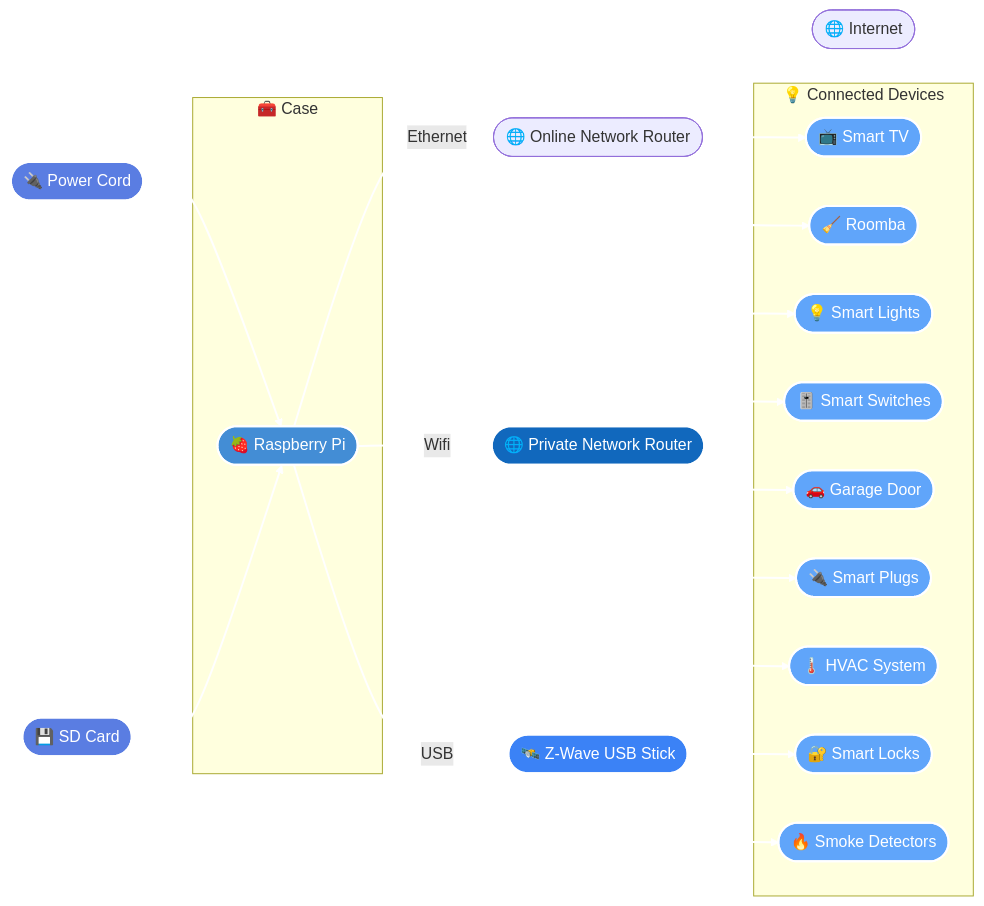
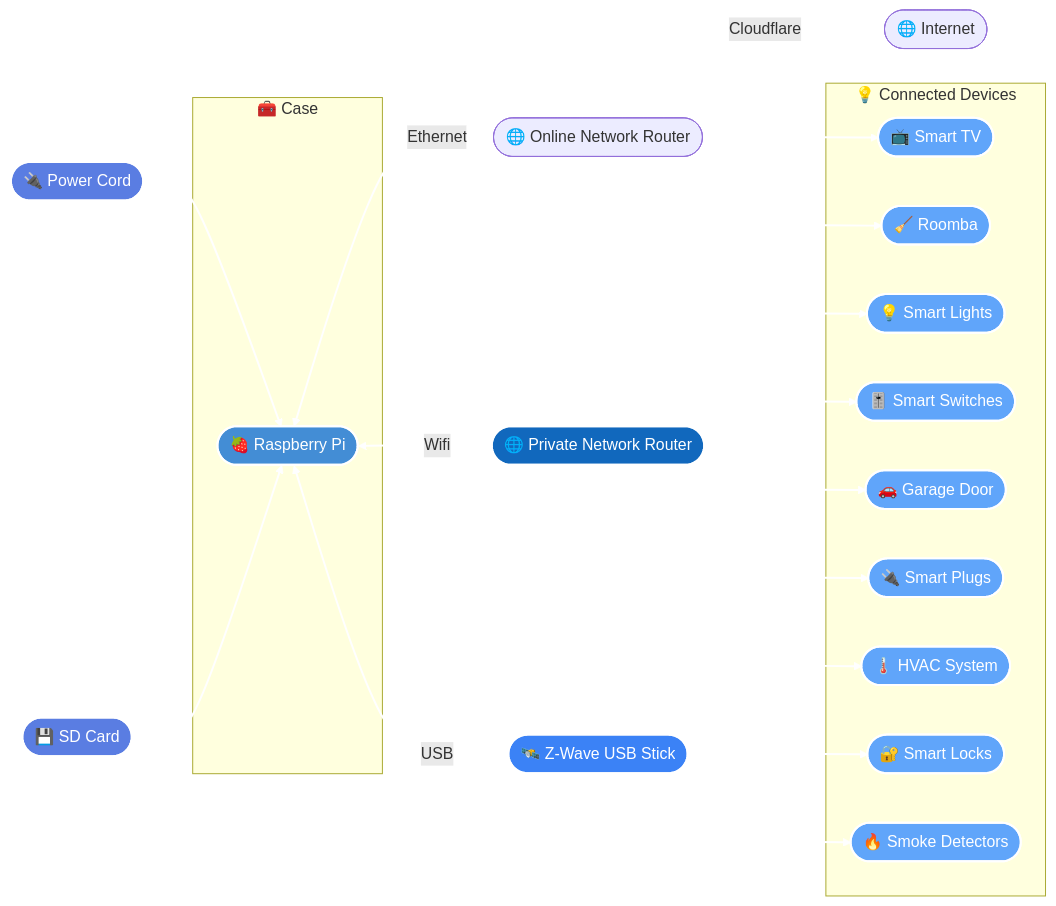
The diagram in README.md (lauren-cordova/home-assistant), drawn with Mermaid before and after one commit.

Commit message:
Update README.md
Enhanced architecture

````diff
--- a/README.md
+++ b/README.md
@@ -24,54 +24,54 @@
 ```mermaid
 flowchart LR
     PWR([🔌 Power Cord])
     SD([💾 SD Card])
     ONET([🌐 Online Network Router])
     NET([🌐 Private Network Router])
     INET([🌐 Internet])
     ZW(["🛰️ Z-Wave USB Stick"])
 
     subgraph Case [🧰 Case]
         PI(["🍓 Raspberry Pi"])
     end
 
     subgraph Devices [💡 Connected Devices]
         Lights([💡 Smart Lights])
         Switches([🎚️ Smart Switches])
         Locks([🔐 Smart Locks])
         Garage([🚗 Garage Door])
         TV([📺 Smart TV])
         HVAC([🌡️ HVAC System])
         Smoke([🔥 Smoke Detectors])
         Plugs([🔌 Smart Plugs])
         Roomba([🧹 Roomba])
     end
 
     PWR --> PI
     SD --> PI
-    PI --> |Ethernet| ONET
-    PI --> |Wifi| NET
-    PI --> |USB| ZW
-    ONET --> INET
+    PI <--> |Ethernet| ONET
+    PI <--> |Wifi| NET
+    PI <--> |USB| ZW
+    ONET <--> |Cloudflare| INET
 
-    ONET --> TV
-    ONET --> Roomba
-    ZW --> HVAC
+    ONET <--> TV
+    ONET <--> Roomba
+    ZW <--> HVAC
 
-    NET --> Lights
-    NET --> Switches
-    ZW --> Locks
-    NET --> Garage
-    ZW --> Smoke
-    NET --> Plugs
+    NET <--> Lights
+    NET <--> Switches
+    ZW <--> Locks
+    NET <--> Garage
+    ZW <--> Smoke
+    NET <--> Plugs
 
     style PWR fill:#5a7de2,stroke:#fff,stroke-width:2px,color:#fff
     style SD fill:#5a7de2,stroke:#fff,stroke-width:2px,color:#fff
     style PI fill:#438dd5,stroke:#fff,stroke-width:2px,color:#fff
     style NET fill:#1168bd,stroke:#fff,stroke-width:2px,color:#fff
     style ZW fill:#3b82f6,stroke:#fff,stroke-width:2px,color:#fff
 
     classDef device fill:#60a5fa,stroke:#fff,stroke-width:2px,color:#fff
     class Lights,Switches,Locks,Garage,TV,HVAC,Smoke,Plugs,Roomba device
 
     linkStyle default stroke:#fff,stroke-width:2px
 ```
````
